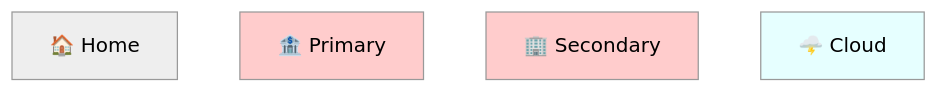
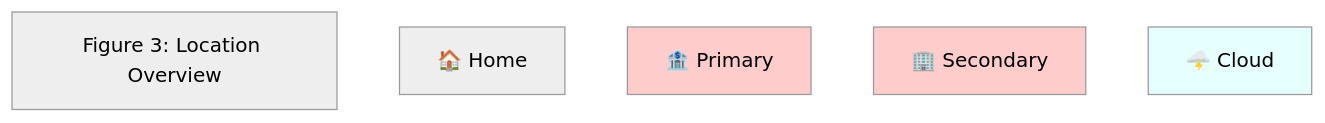
Before and after one commit to BlockchainCommons/SmartCustody: the fourth of 17 diagrams in Docs/Scenario-Multisig.md, drawn with Mermaid (neutral theme).

````diff
--- a/Docs/Scenario-Multisig.md
+++ b/Docs/Scenario-Multisig.md
@@ -196,11 +196,13 @@
 ```mermaid
     graph BT;
     A["🏠 Home"]
     B["🏦 Primary"]
     C["🏢 Secondary"]
     D["🌩️ Cloud"]
     
 style B fill:#ffcccc;
 style C fill:#ffcccc;
 style D fill:#e6ffff;
+    
+    0["Figure 3: Location Overview"]
 ```
````
